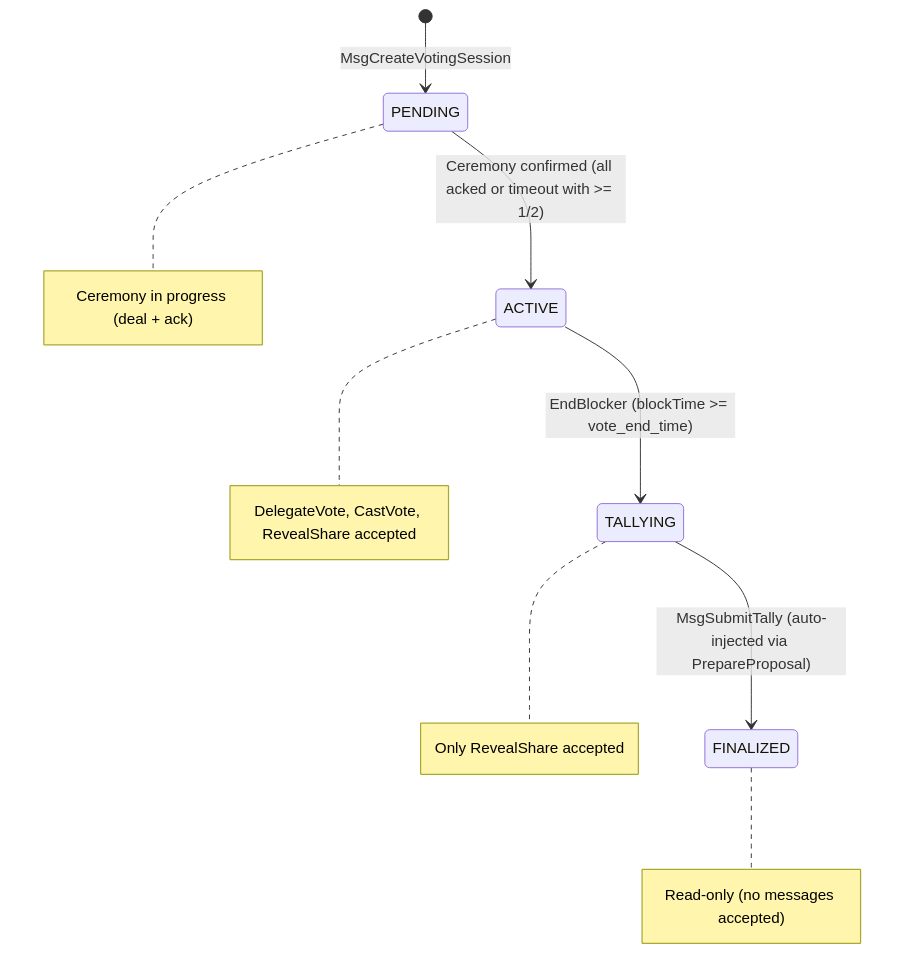
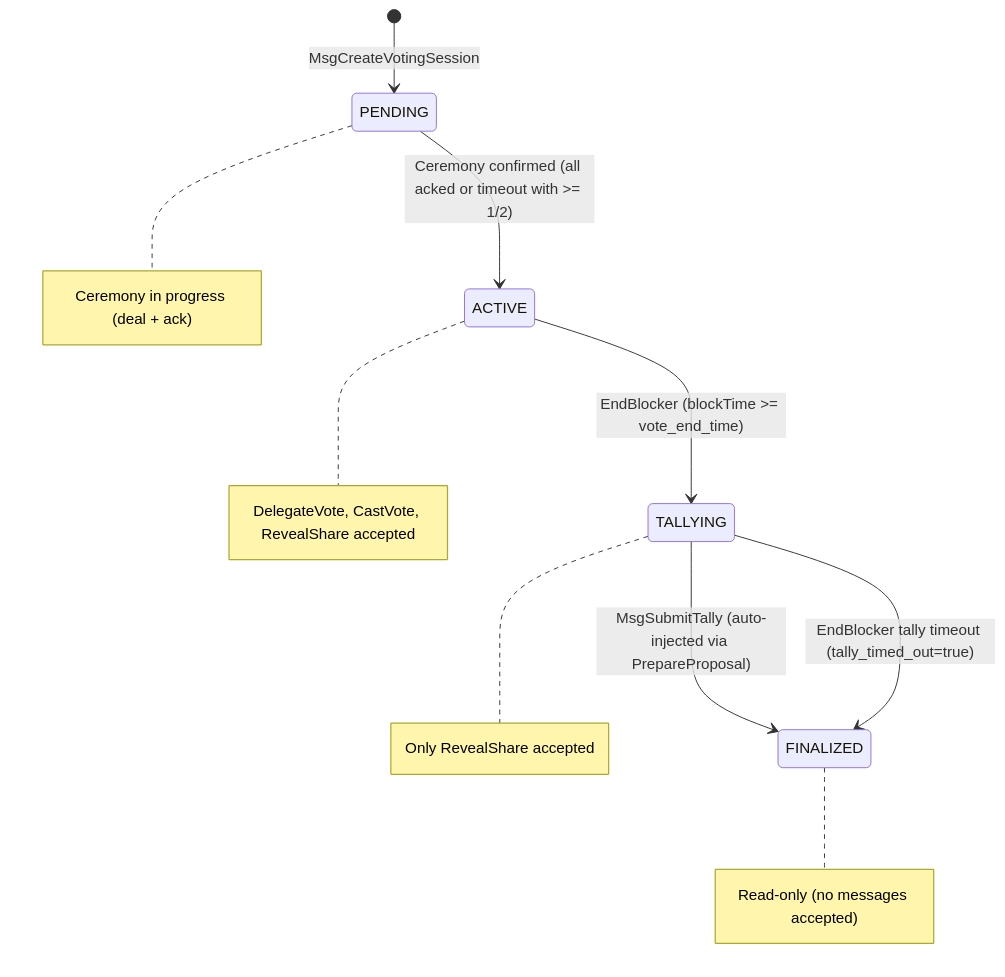
Before and after one commit to valargroup/vote-sdk: the diagram in docs/session-status-lifecycle.md, drawn with Mermaid. The commit also changed other lines of this file and 6 other files, not shown here.

First line of the commit message:
feat: add tally phase timeout to prevent permanent TALLYING liveness loss

````diff
--- a/docs/session-status-lifecycle.md
+++ b/docs/session-status-lifecycle.md
@@ -7,12 +7,13 @@
 ```mermaid
 stateDiagram-v2
     [*] --> PENDING: MsgCreateVotingSession
     PENDING --> ACTIVE: Ceremony confirmed (all acked or timeout with >= 1/2)
     ACTIVE --> TALLYING: EndBlocker (blockTime >= vote_end_time)
     TALLYING --> FINALIZED: MsgSubmitTally (auto-injected via PrepareProposal)
+    TALLYING --> FINALIZED: EndBlocker tally timeout (tally_timed_out=true)
 
     note right of PENDING: Ceremony in progress (deal + ack)
     note right of ACTIVE: DelegateVote, CastVote, RevealShare accepted
     note right of TALLYING: Only RevealShare accepted
     note right of FINALIZED: Read-only (no messages accepted)
 ```
````
